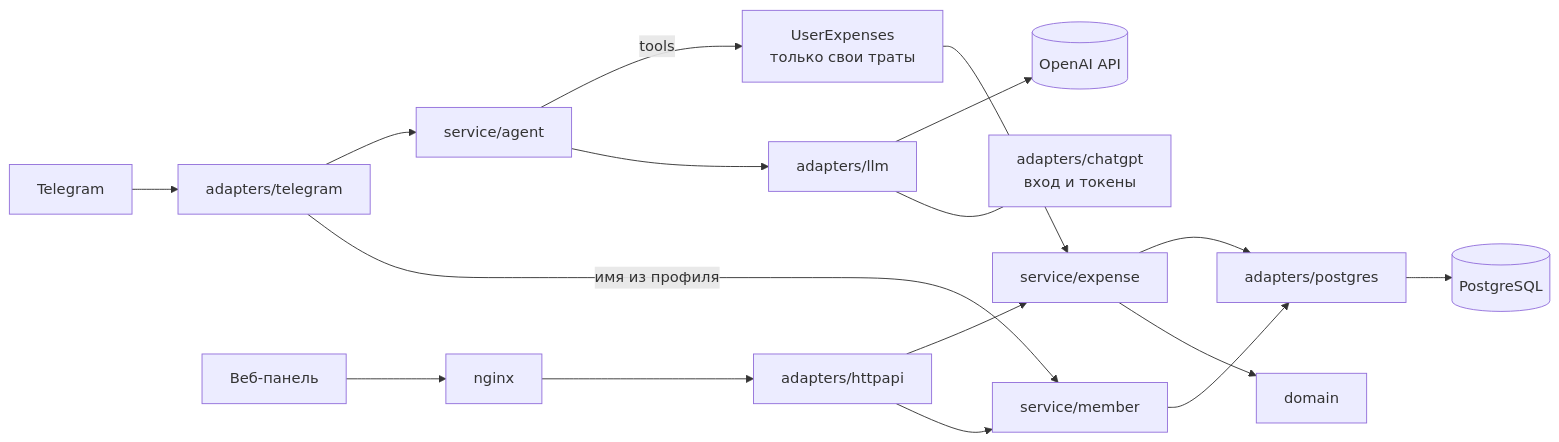
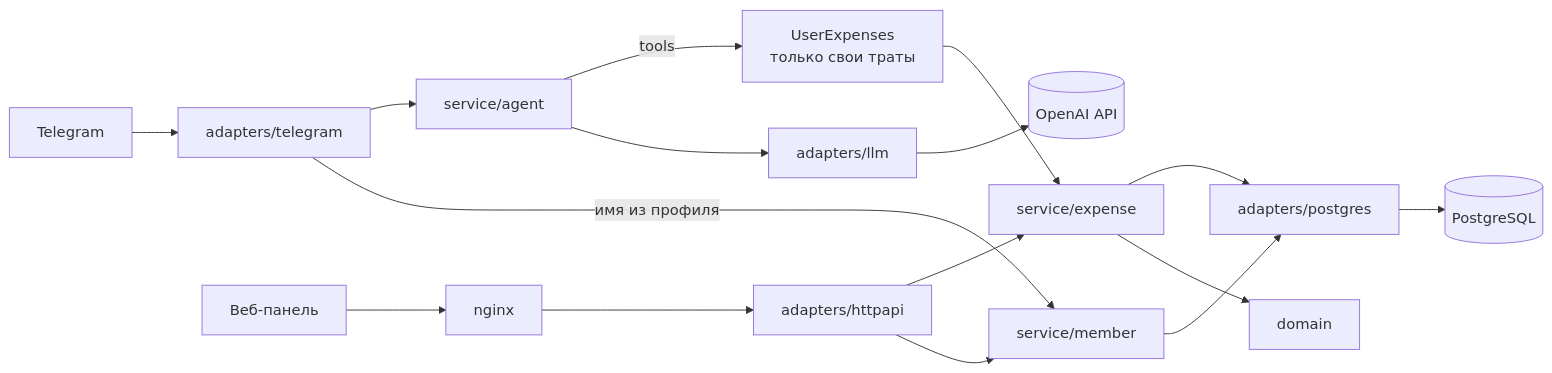
One commit to ValievM/family-expense-bot changed the diagram in README.md. Above: the diagram before and after it, drawn with Mermaid. The commit also changed other lines of this file and 20 other files, not shown here.

````diff
--- a/README.md
+++ b/README.md
@@ -148,16 +142,15 @@
 ```mermaid
 flowchart LR
     TG[Telegram] --> BOT[adapters/telegram]
     BOT --> AG[service/agent]
     BOT -->|имя из профиля| MEM[service/member]
     AG -->|tools| UE[UserExpenses<br/>только свои траты]
     AG --> LLM[adapters/llm] --> API[(OpenAI API)]
-    LLM --- CG[adapters/chatgpt<br/>вход и токены]
     PANEL[Веб-панель] --> NGINX[nginx] --> HTTP[adapters/httpapi]
     UE --> SVC[service/expense]
     HTTP --> SVC
     HTTP --> MEM
     SVC --> REPO[adapters/postgres] --> DB[(PostgreSQL)]
     MEM --> REPO
     SVC --> DOM[domain]
 ```
````
